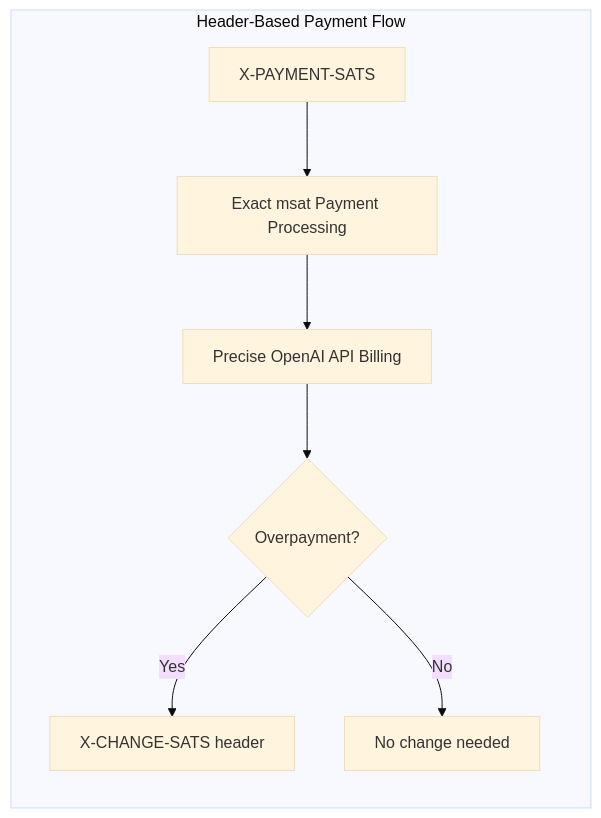
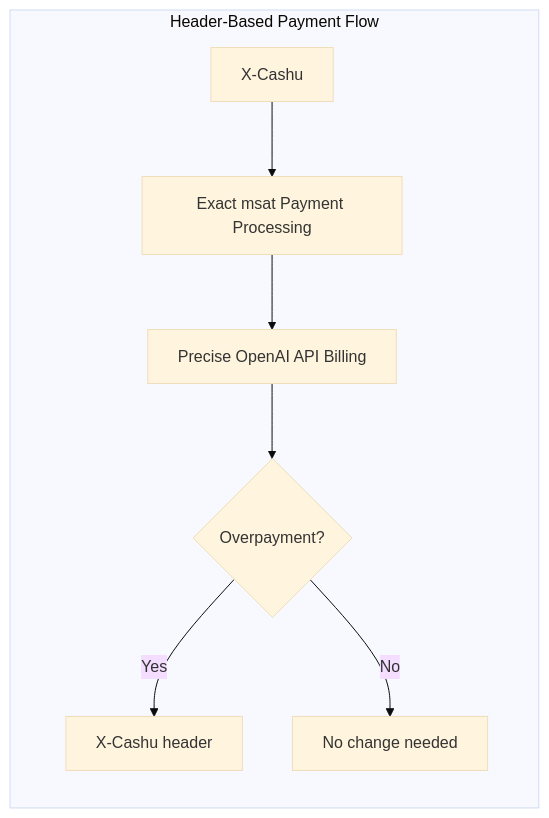
The fourth of 4 diagrams in README.md (Routstr/otrta-client), drawn with Mermaid (base theme) before and after one commit. The commit also changed other lines of this file, not shown here.

````diff
--- a/README.md
+++ b/README.md
@@ -107,10 +107,10 @@
 ```mermaid
 flowchart LR
     subgraph "Header-Based Payment Flow"
-    I[X-PAYMENT-SATS] --> J[Exact msat Payment Processing]
+    I[X-Cashu] --> J[Exact msat Payment Processing]
     J --> K[Precise OpenAI API Billing]
     K --> L{Overpayment?}
-    L -->|Yes| M[X-CHANGE-SATS header]
+    L -->|Yes| M[X-Cashu header]
     L -->|No| N[No change needed]
     end
 ```
````
